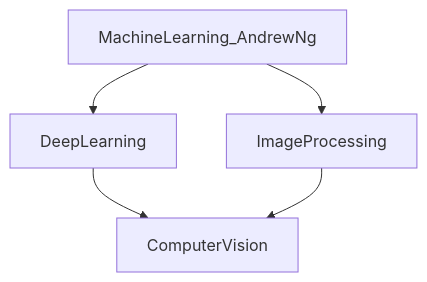
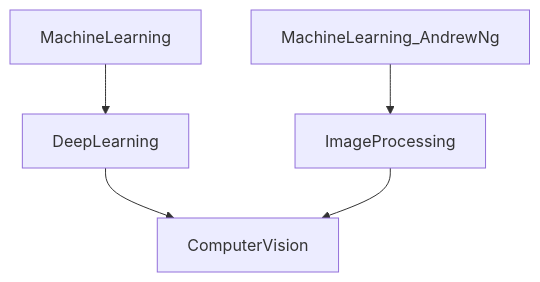
One commit to NourEldinMoustafa/NourEldinMoustafa changed the diagram in README.md. Above: the diagram before and after it, drawn with Mermaid.

````diff
--- a/README.md
+++ b/README.md
@@ -14,8 +14,8 @@
 ```mermaid
 graph TD;
-    MachineLearning_AndrewNg--> DeepLearning ;
+    MachineLearning--> DeepLearning ;
     MachineLearning_AndrewNg--> ImageProcessing ;
     DeepLearning--> ComputerVision ;
     ImageProcessing--> ComputerVision ;
 
 ```
````
